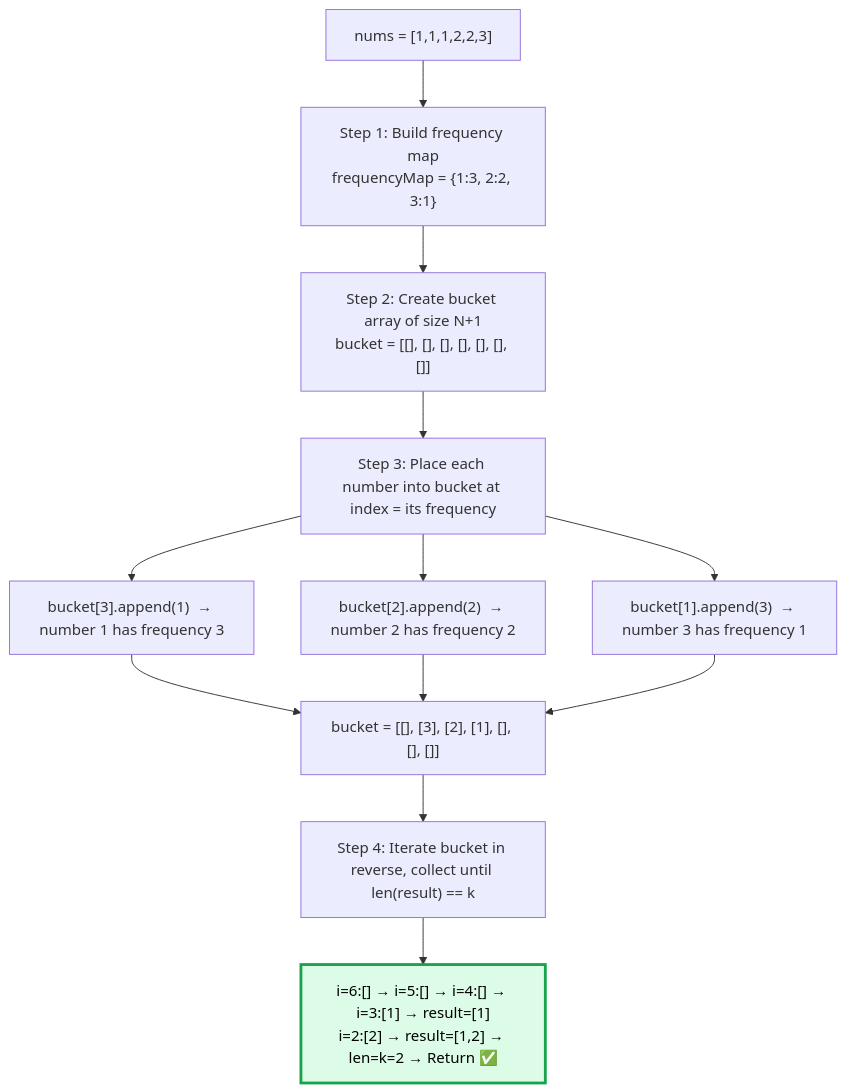
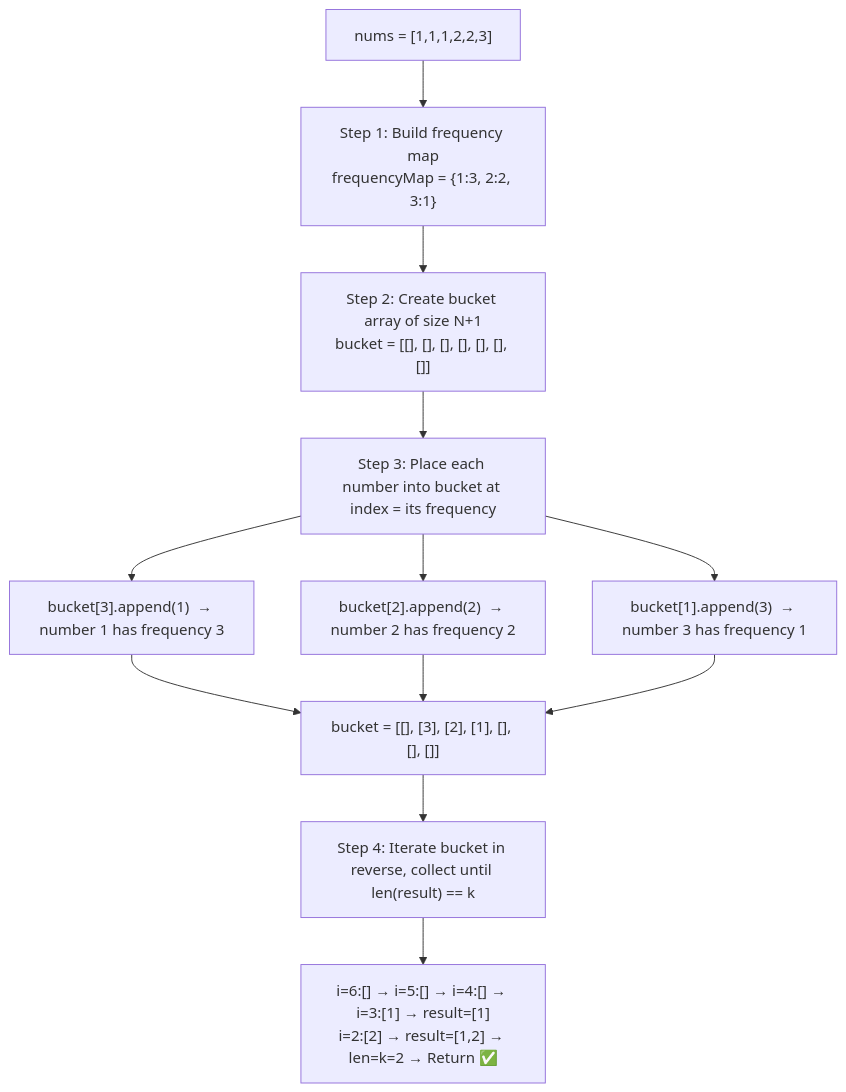
One commit to M-F-Tushar/LeetCode-Problem-Solving changed the eighth of 12 diagrams in 05 - Top K Frequent Elements/README.md. Above: the diagram before and after it, drawn with Mermaid. The commit also changed other lines of this file and 6 other files, not shown here.

Commit message:
added 06 - Is Subsequence, 07 - Longest Consecutive Sequence

````diff
--- a/05 - Top K Frequent Elements/README.md
+++ b/05 - Top K Frequent Elements/README.md
@@ -279,21 +269,20 @@
 ```mermaid
 flowchart TD
     A["nums = [1,1,1,2,2,3]"] --> B["Step 1: Build frequency map\nfrequencyMap = {1:3, 2:2, 3:1}"]
 
     B --> C["Step 2: Create bucket array of size N+1\nbucket = [[], [], [], [], [], [], []]"]
 
     C --> D["Step 3: Place each number into bucket at index = its frequency"]
 
     D --> E["bucket[3].append(1)  → number 1 has frequency 3"]
     D --> F["bucket[2].append(2)  → number 2 has frequency 2"]
     D --> G["bucket[1].append(3)  → number 3 has frequency 1"]
 
     E --> H["bucket = [[], [3], [2], [1], [], [], []]"]
     F --> H
     G --> H
 
     H --> I["Step 4: Iterate bucket in reverse, collect until len(result) == k"]
     I --> J["i=6:[] → i=5:[] → i=4:[] → i=3:[1] → result=[1]\ni=2:[2] → result=[1,2] → len=k=2 → Return ✅"]
 
-    style J fill:#dcfce7,stroke:#16a34a,stroke-width:3px,color:#000000
 ```
````
